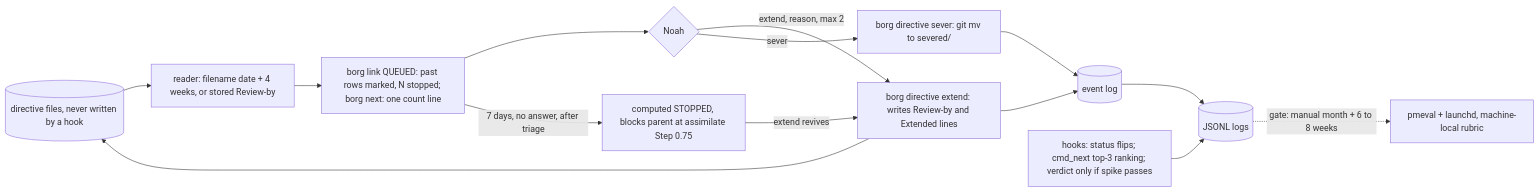
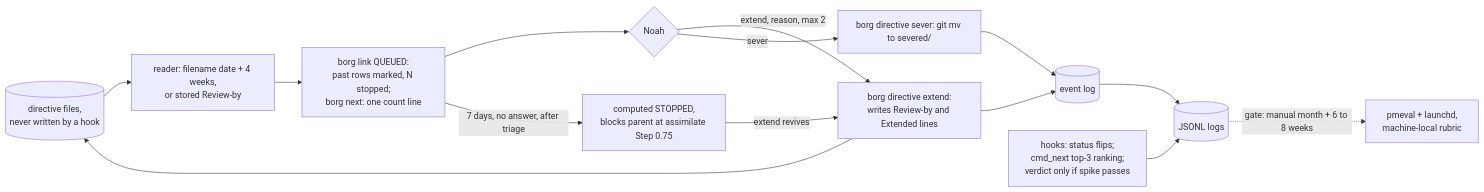
Before and after one commit to noah-goodrich/borg-collective: the sixth of 6 diagrams in docs/research/2026-10-04-pm-capabilities-build-adopt-outsource/recommendation.md, drawn with Mermaid. The commit also changed other lines of this file and 2 other files, not shown here.

````diff
--- a/docs/research/2026-10-04-pm-capabilities-build-adopt-outsource/recommendation.md
+++ b/docs/research/2026-10-04-pm-capabilities-build-adopt-outsource/recommendation.md
@@ -386,16 +389,24 @@
 ```mermaid
 flowchart LR
-    DF[(directive files, never written by a hook)] --> RD[reader: filename date + 4 weeks, or stored Review-by]
-    RD --> S[borg link QUEUED: past rows marked, N stopped; borg next: one count line]
+    DF[("directive files,<br/>never written by a hook")]
+    RD["reader: filename date + 4 weeks,<br/>or stored Review-by"]
+    DF --> RD
+    S["borg link QUEUED:<br/>past rows marked, N stopped;<br/>borg next: one count line"]
+    RD --> S
     S --> HU{Noah}
-    HU -->|extend, reason, max 2| X[borg directive extend: writes Review-by and Extended lines]
+    X["borg directive extend:<br/>writes Review-by and Extended lines"]
+    HU -->|extend, reason, max 2| X
     HU -->|sever| SV[borg directive sever: git mv to severed/]
     X --> DF
-    S -->|7 days, no answer, after triage| ST[computed STOPPED, blocks parent at assimilate Step 0.75]
+    ST["computed STOPPED,<br/>blocks parent at assimilate Step 0.75"]
+    S -->|7 days, no answer, after triage| ST
     ST -->|extend revives| X
     X --> EV[(event log)]
     SV --> EV
-    H[hooks: status flips; cmd_next top-3 ranking; verdict only if spike passes] --> L[(JSONL logs)]
+    H["hooks: status flips;<br/>cmd_next top-3 ranking;<br/>verdict only if spike passes"]
+    L[("JSONL logs")]
+    H --> L
     EV --> L
-    L -. gate: manual month + 6 to 8 weeks .-> P[pmeval + launchd, machine-local rubric]
+    P["pmeval + launchd,<br/>machine-local rubric"]
+    L -. gate: manual month + 6 to 8 weeks .-> P
 ```
````
